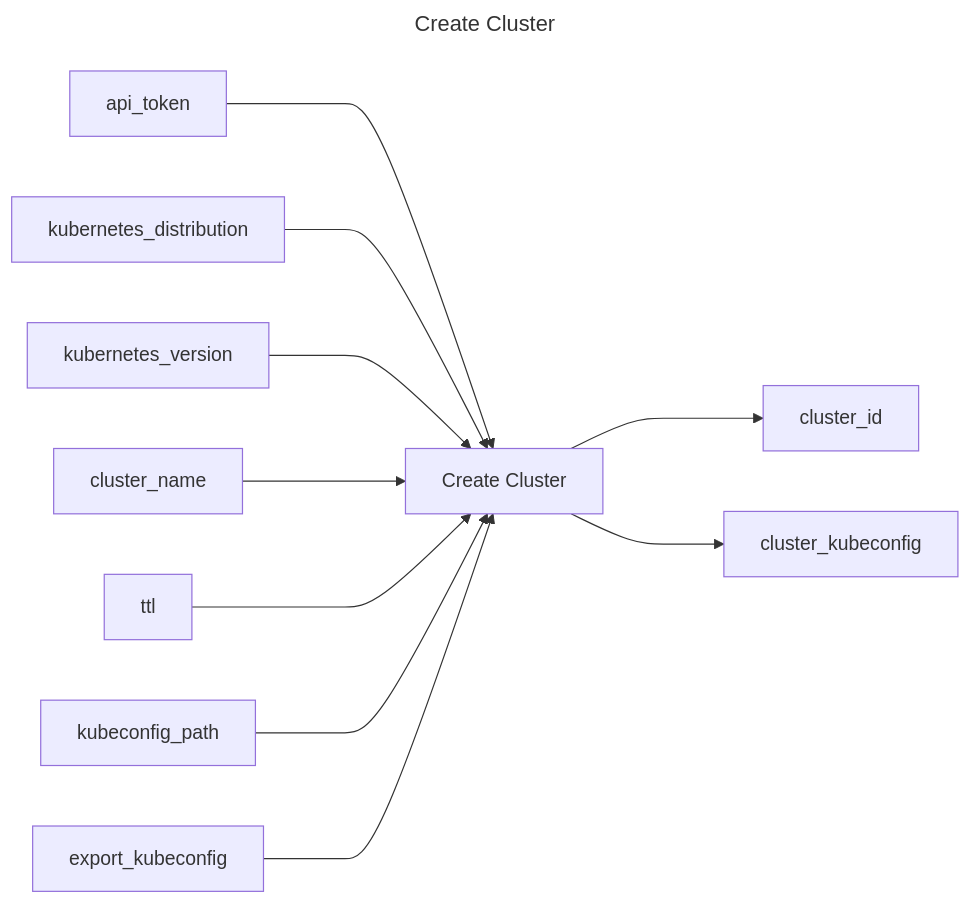
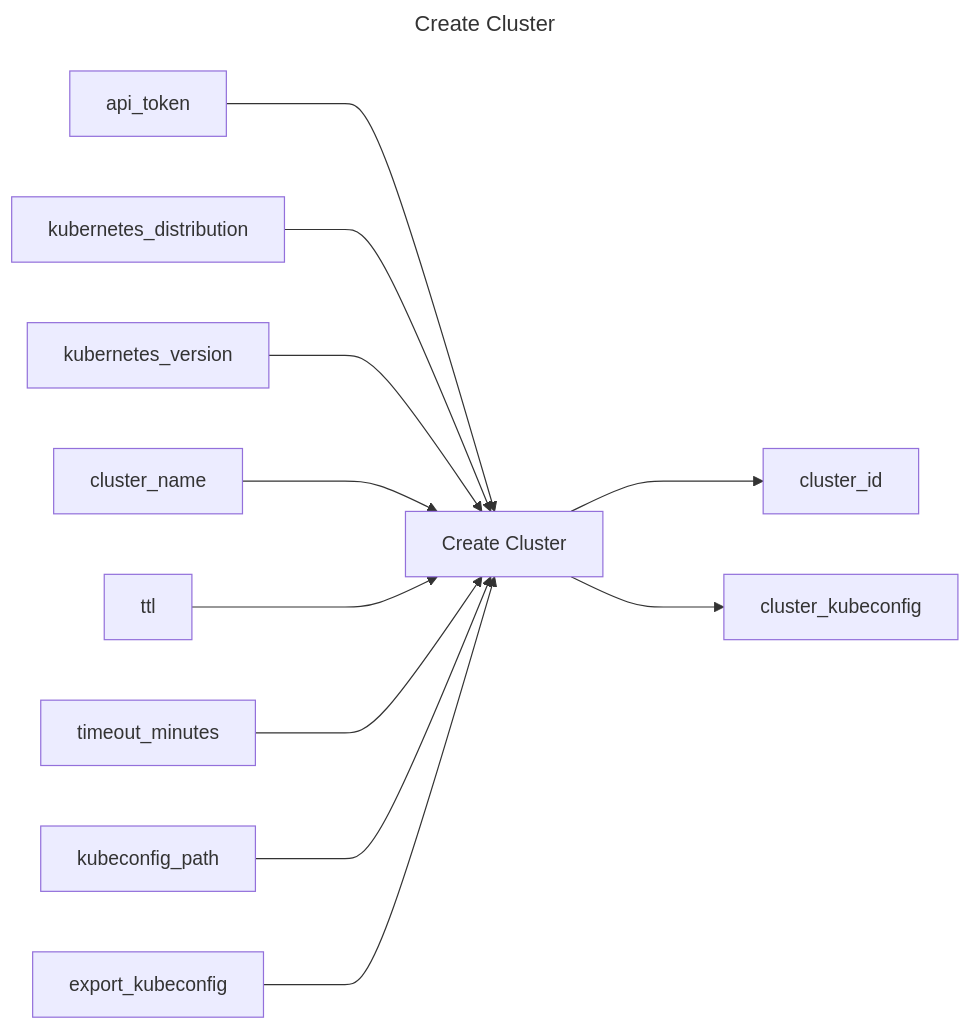
The diagram in create-cluster/README.md (replicatedhq/replicated-actions), drawn with Mermaid before and after one commit. The commit also changed other lines of this file and 1 other file, not shown here.

Commit message:
add timeout-minutes to action spec (#14)
* add timeout-minutes to create-cluster input parameters
---------

````diff
--- a/create-cluster/README.md
+++ b/create-cluster/README.md
@@ -3,16 +3,17 @@
 ```mermaid
 ---
 title: Create Cluster
 ---
 graph LR
 create_cluster["Create Cluster"]
 api_token ---> create_cluster
 kubernetes_distribution ---> create_cluster
 kubernetes_version ---> create_cluster
 cluster_name ---> create_cluster
 ttl ---> create_cluster
+timeout_minutes ---> create_cluster
 kubeconfig_path ---> create_cluster
 export_kubeconfig ---> create_cluster
 create_cluster ---> cluster_id
 create_cluster ---> cluster_kubeconfig
 ```
````
